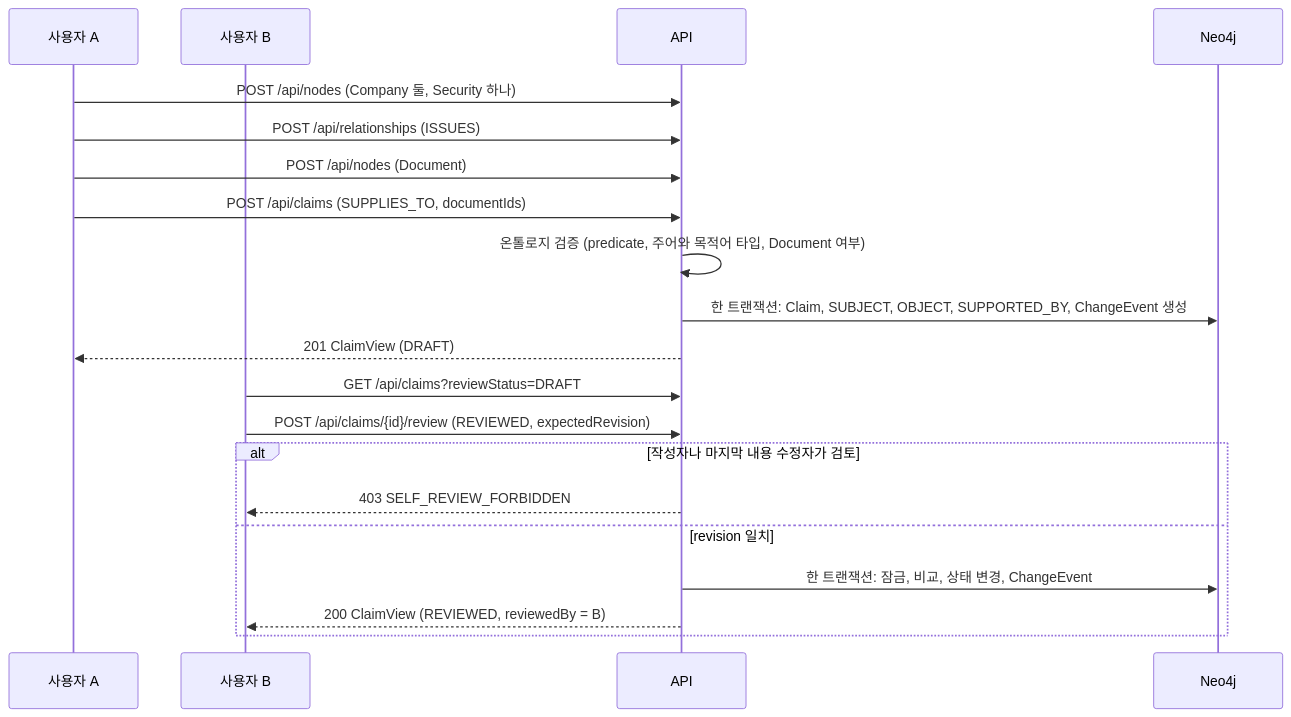
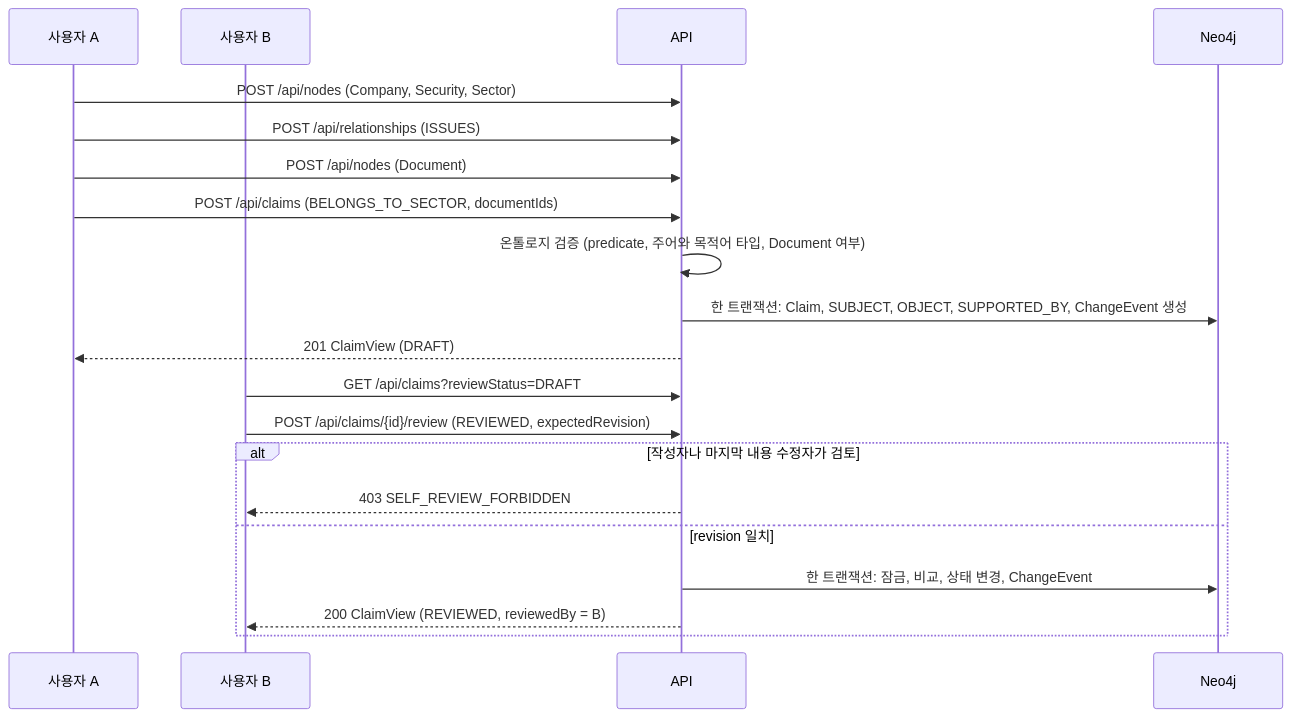
The sixth of 13 diagrams in financial-workbench/docs/flow.md (jon890/fos-graphrag), drawn with Mermaid before and after one commit. The commit also changed other lines of this file and 6 other files, not shown here.

````diff
--- a/financial-workbench/docs/flow.md
+++ b/financial-workbench/docs/flow.md
@@ -188,22 +230,22 @@
 ```mermaid
 sequenceDiagram
   participant UA as 사용자 A
   participant UB as 사용자 B
   participant A as API
   participant N as Neo4j
-  UA->>A: POST /api/nodes (Company 둘, Security 하나)
+  UA->>A: POST /api/nodes (Company, Security, Sector)
   UA->>A: POST /api/relationships (ISSUES)
   UA->>A: POST /api/nodes (Document)
-  UA->>A: POST /api/claims (SUPPLIES_TO, documentIds)
+  UA->>A: POST /api/claims (BELONGS_TO_SECTOR, documentIds)
   A->>A: 온톨로지 검증 (predicate, 주어와 목적어 타입, Document 여부)
   A->>N: 한 트랜잭션: Claim, SUBJECT, OBJECT, SUPPORTED_BY, ChangeEvent 생성
   A-->>UA: 201 ClaimView (DRAFT)
   UB->>A: GET /api/claims?reviewStatus=DRAFT
   UB->>A: POST /api/claims/{id}/review (REVIEWED, expectedRevision)
   alt 작성자나 마지막 내용 수정자가 검토
     A-->>UB: 403 SELF_REVIEW_FORBIDDEN
   else revision 일치
     A->>N: 한 트랜잭션: 잠금, 비교, 상태 변경, ChangeEvent
     A-->>UB: 200 ClaimView (REVIEWED, reviewedBy = B)
   end
 ```
````
